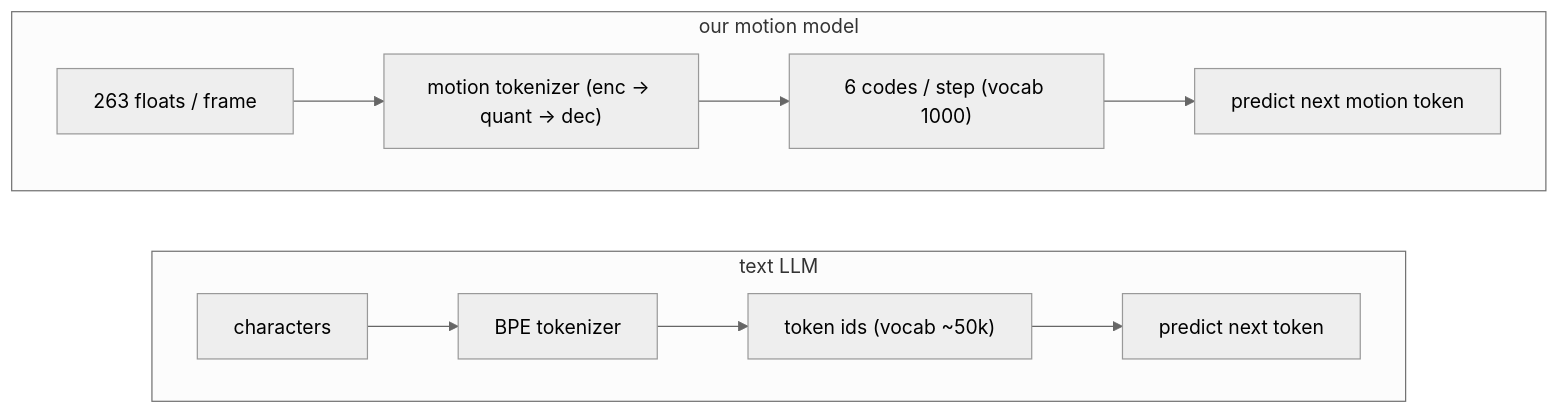
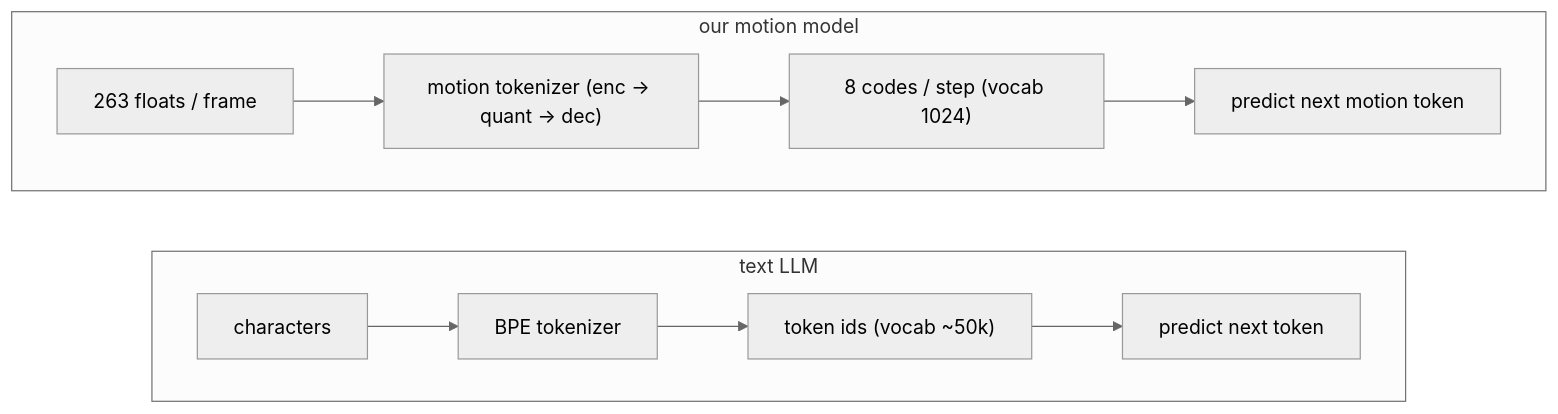
One commit to CatalinButacu/GenAI-Text2Motion changed the diagram in doc/notes/lessons/04-from-motion-to-tokens.md. Above: the diagram before and after it, drawn with Mermaid (neutral theme). The commit also changed other lines of this file and 24 other files, not shown here.

````diff
--- a/doc/notes/lessons/04-from-motion-to-tokens.md
+++ b/doc/notes/lessons/04-from-motion-to-tokens.md
@@ -36,11 +45,11 @@
 ```mermaid
 flowchart LR
   subgraph TXT["text LLM"]
     direction LR
     C["characters"] --> BPE["BPE tokenizer"] --> TV["token ids (vocab ~50k)"] --> LM["predict next token"]
   end
   subgraph MOT["our motion model"]
     direction LR
-    F["263 floats / frame"] --> TOK["motion tokenizer (enc -> quant -> dec)"] --> MV["6 codes / step (vocab 1000)"] --> GEN["predict next motion token"]
+    F["263 floats / frame"] --> TOK["motion tokenizer (enc -> quant -> dec)"] --> MV["8 codes / step (vocab 1024)"] --> GEN["predict next motion token"]
   end
 ```
````
